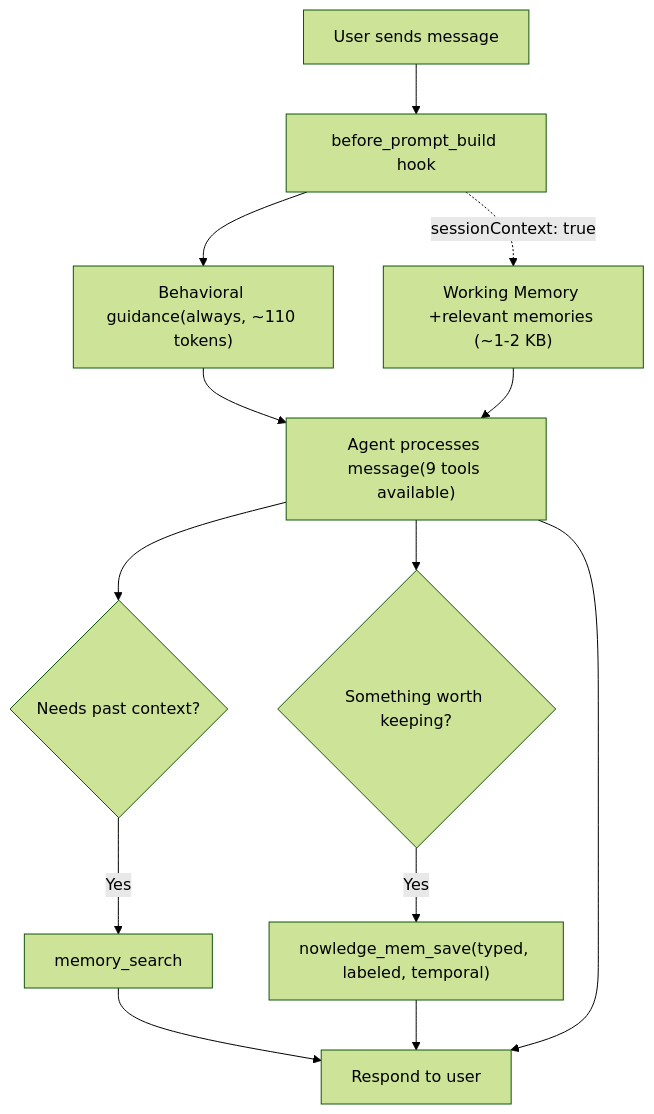
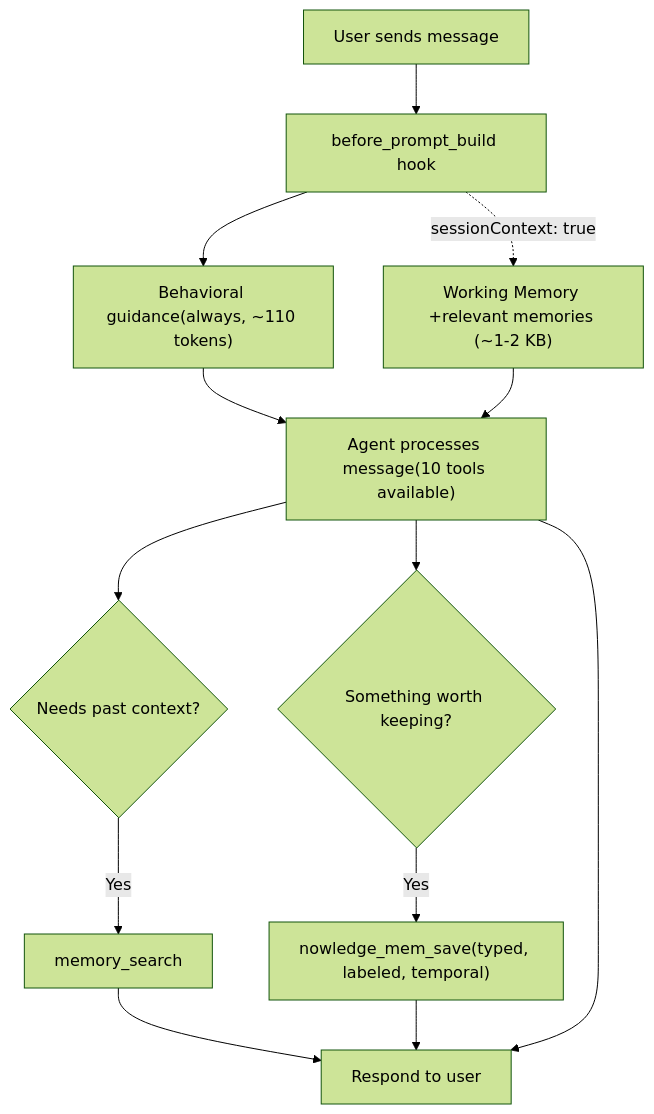
One commit to nowledge-co/community changed the first of 5 diagrams in nowledge-mem-openclaw-plugin/README.md. Above: the diagram before and after it, drawn with Mermaid (forest theme). The commit also changed other lines of this file and 4 other files, not shown here.

````diff
--- a/nowledge-mem-openclaw-plugin/README.md
+++ b/nowledge-mem-openclaw-plugin/README.md
@@ -58,20 +58,20 @@
 ```mermaid
 flowchart TD
     A["User sends message"] --> B["before_prompt_build hook"]
 
     B --> C["Behavioral guidance(always, ~110 tokens)"]
     B -.->|"sessionContext: true"| D["Working Memory +relevant memories (~1-2 KB)"]
 
-    C --> E["Agent processes message(9 tools available)"]
+    C --> E["Agent processes message(10 tools available)"]
     D --> E
 
     E --> F{"Needs past context?"}
     F -->|"Yes"| G["memory_search"]
     G --> R
 
     E --> H{"Something worth keeping?"}
     H -->|"Yes"| I["nowledge_mem_save(typed, labeled, temporal)"]
     I --> R
 
     E --> R["Respond to user"]
 ```
````
